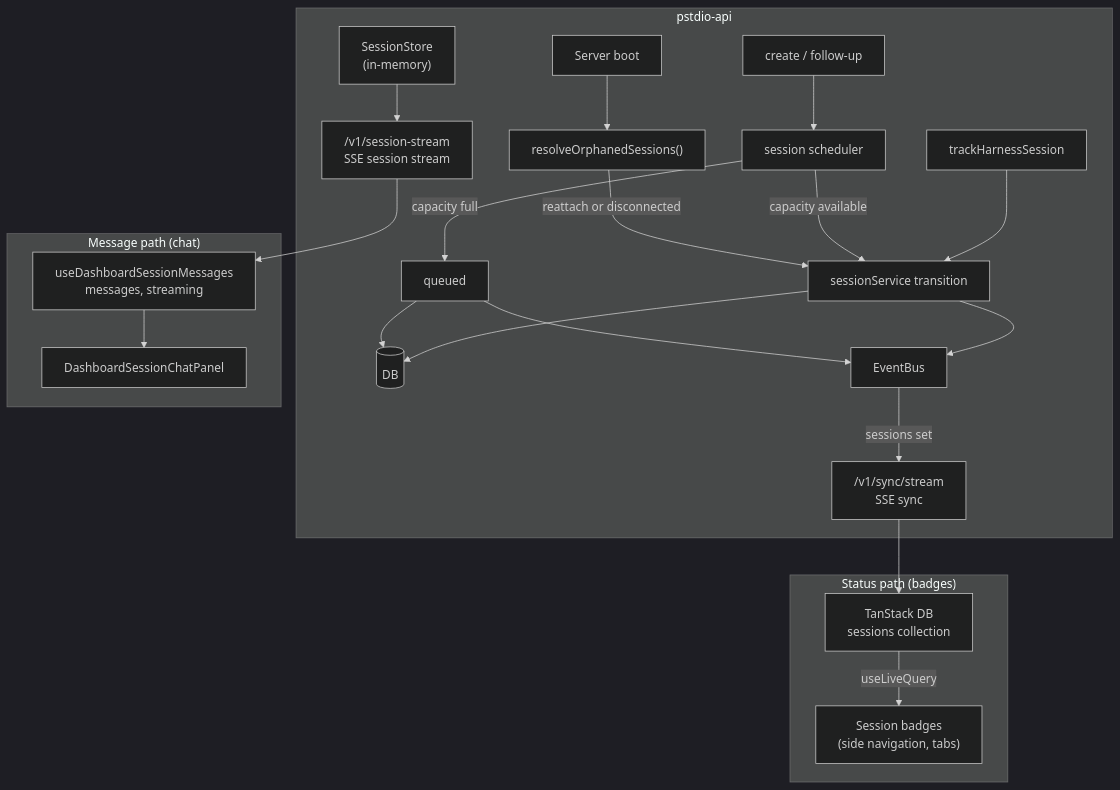
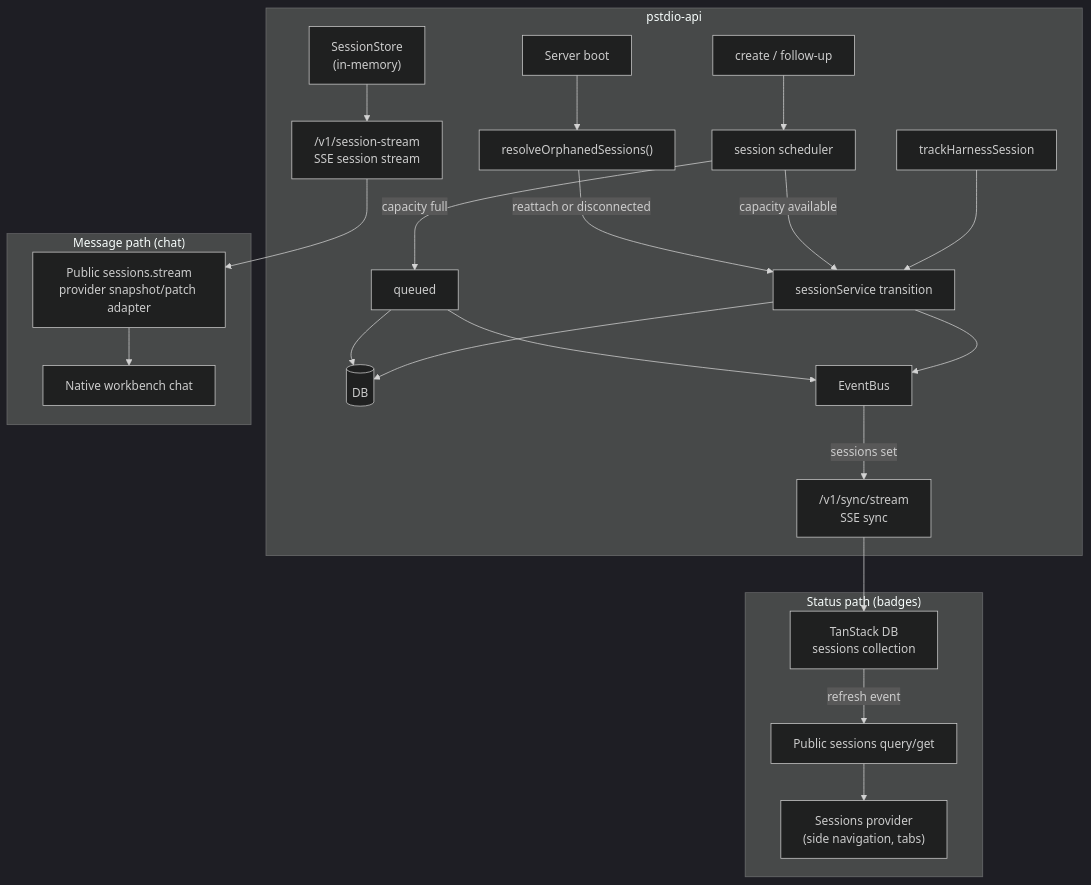
Before and after one commit to pufflyai/prompt-studio: the diagram in documentation/references/architecture/0019-session-status-lifecycle.md, drawn with Mermaid (dark theme). The commit also changed other lines of this file and 141 other files, not shown here.

Commit message:
refactor(PS-60): remove superseded session presentation; retain provider caller coverage

````diff
--- a/documentation/references/architecture/0019-session-status-lifecycle.md
+++ b/documentation/references/architecture/0019-session-status-lifecycle.md
@@ -7,28 +7,29 @@
 ```mermaid
 graph TD
     subgraph "pstdio-api"
         BOOT["Server boot"] --> SWEEP["resolveOrphanedSessions()"]
         SWEEP -- "reattach or disconnected" --> UPDATE
         CREATE["create / follow-up"] --> SCHEDULER["session scheduler"]
         SCHEDULER -- "capacity full" --> QUEUED["queued"]
         SCHEDULER -- "capacity available" --> UPDATE["sessionService transition"]
         QUEUED --> DB
         QUEUED --> BUS
         EXIT["trackHarnessSession"] --> UPDATE
         UPDATE --> DB[(DB)]
         UPDATE --> BUS["EventBus"]
         BUS -- "sessions set" --> SSE_SYNC
         STORE["SessionStore\n(in-memory)"] --> STREAM_SSE
     end
 
     subgraph "Status path (badges)"
         SSE_SYNC["/v1/sync/stream\nSSE sync"] --> TANSTACK["TanStack DB\nsessions collection"]
-        TANSTACK -- "useLiveQuery" --> BADGES["Session badges\n(side navigation, tabs)"]
+        TANSTACK -- "refresh event" --> PUBLIC["Public sessions query/get"]
+        PUBLIC --> BADGES["Sessions provider\n(side navigation, tabs)"]
     end
 
     subgraph "Message path (chat)"
-        STREAM_SSE["/v1/session-stream\nSSE session stream"] --> HOOK["useDashboardSessionMessages\nmessages, streaming"]
-        HOOK --> CHAT["DashboardSessionChatPanel"]
+        STREAM_SSE["/v1/session-stream\nSSE session stream"] --> HOOK["Public sessions.stream\nprovider snapshot/patch adapter"]
+        HOOK --> CHAT["Native workbench chat"]
     end
 
 ```
````
